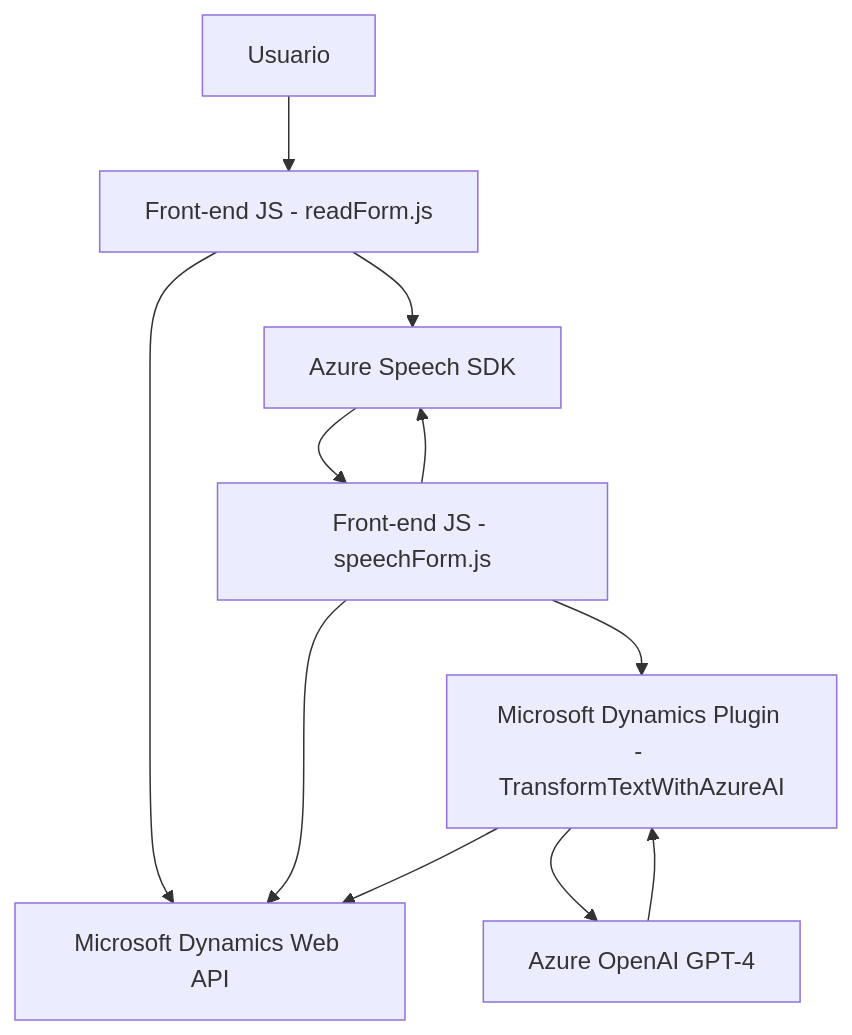
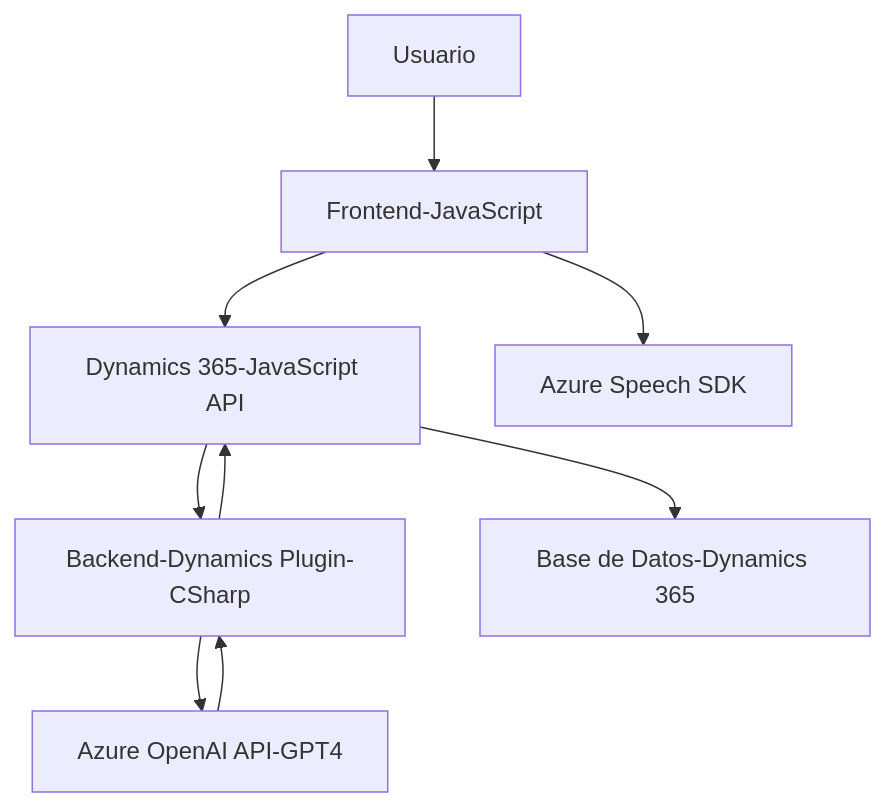
One commit to blopezdm/NETCORE_BILBAO2025 changed the diagram in README.md. Above: the diagram before and after it, drawn with Mermaid. The commit also changed other lines of this file, not shown here.

````diff
--- a/README.md
+++ b/README.md
@@ -55,21 +43,11 @@
 ```mermaid
 graph TD
-    A["Usuario"]
-    B["Azure Speech SDK"]
-    C["Front-end JS - readForm.js"]
-    D["Front-end JS - speechForm.js"]
-    E["Microsoft Dynamics Plugin - TransformTextWithAzureAI"]
-    F["Azure OpenAI GPT-4"]
-    G["Microsoft Dynamics Web API"]
-
-    A --> C
-    C --> B
-    C --> G
-    D --> B
-    B --> D
-    D --> G
-    D --> E
-    E --> F
-    F --> E
-    E --> G
+    A["Usuario"] --> B["Frontend-JavaScript"]
+    B["Frontend-JavaScript"] --> C["Dynamics 365-JavaScript API"]
+    B["Frontend-JavaScript"] --> D["Azure Speech SDK"]
+    C["Dynamics 365-JavaScript API"] --> E["Backend-Dynamics Plugin-CSharp"]
+    E["Backend-Dynamics Plugin-CSharp"] --> F["Azure OpenAI API-GPT4"]
+    F["Azure OpenAI API-GPT4"] --> E
+    E --> C
+    C --> G["Base de Datos-Dynamics 365"]
 ```
````
